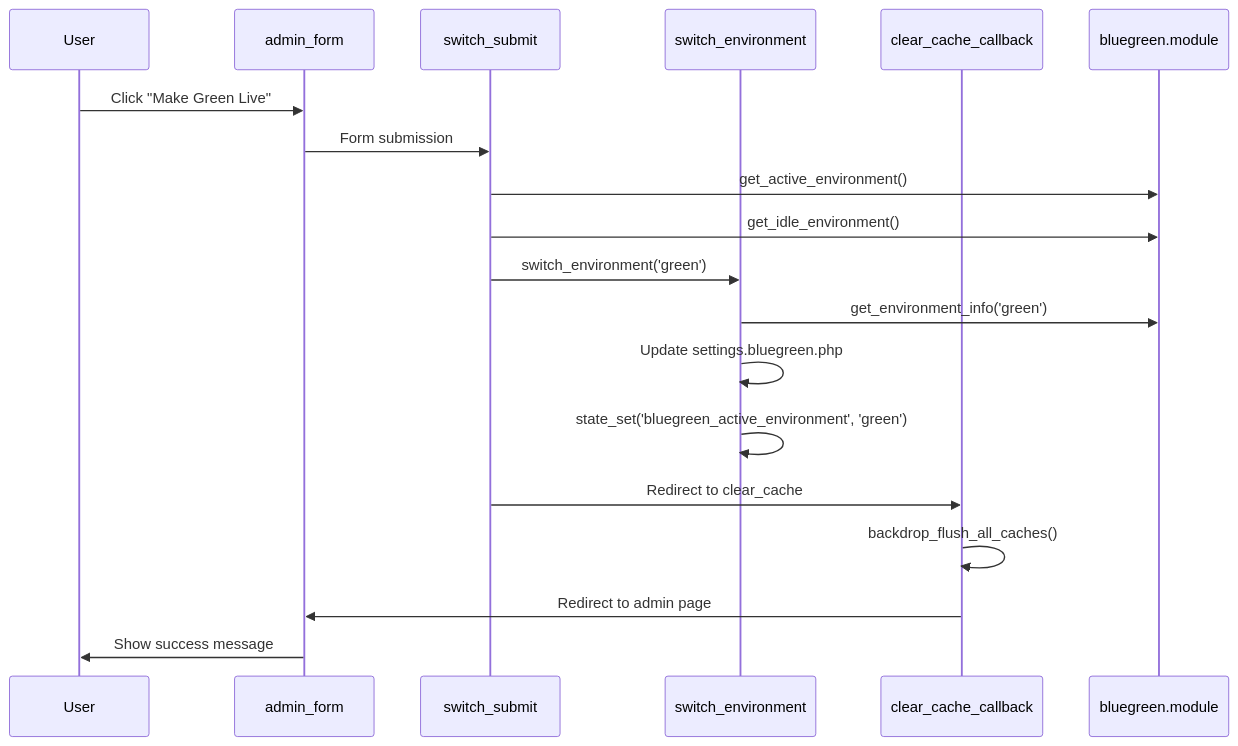
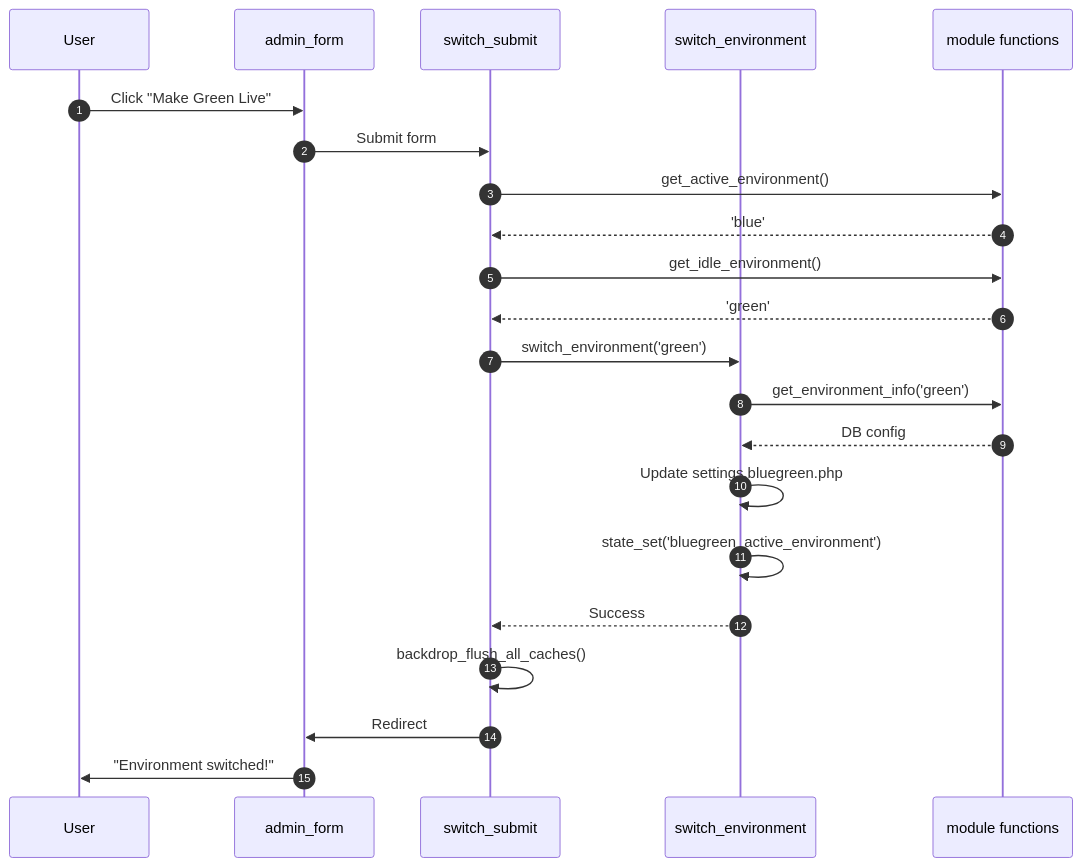
The second of 10 diagrams in ARCHITECTURE-DIAGRAM.md (cellear/bluegreen), drawn with Mermaid before and after one commit. The commit also changed other lines of this file and 1 other file, not shown here.

First line of the commit message:
Reformat diagrams to be more vertically oriented

````diff
--- a/ARCHITECTURE-DIAGRAM.md
+++ b/ARCHITECTURE-DIAGRAM.md
@@ -267,22 +95,25 @@
 ```mermaid
 sequenceDiagram
+    autonumber
     participant User
     participant UI as admin_form
-    participant Submit as switch_submit
+    participant Handler as switch_submit
     participant Core as switch_environment
-    participant Cache as clear_cache_callback
-    participant Module as bluegreen.module
+    participant Module as module functions
 
     User->>UI: Click "Make Green Live"
-    UI->>Submit: Form submission
-    Submit->>Module: get_active_environment()
-    Submit->>Module: get_idle_environment()
-    Submit->>Core: switch_environment('green')
+    UI->>Handler: Submit form
+    Handler->>Module: get_active_environment()
+    Module-->>Handler: 'blue'
+    Handler->>Module: get_idle_environment()
+    Module-->>Handler: 'green'
+    Handler->>Core: switch_environment('green')
     Core->>Module: get_environment_info('green')
+    Module-->>Core: DB config
     Core->>Core: Update settings.bluegreen.php
-    Core->>Core: state_set('bluegreen_active_environment', 'green')
-    Submit->>Cache: Redirect to clear_cache
-    Cache->>Cache: backdrop_flush_all_caches()
-    Cache->>UI: Redirect to admin page
-    UI->>User: Show success message
+    Core->>Core: state_set('bluegreen_active_environment')
+    Core-->>Handler: Success
+    Handler->>Handler: backdrop_flush_all_caches()
+    Handler->>UI: Redirect
+    UI->>User: "Environment switched!"
 ```
````
